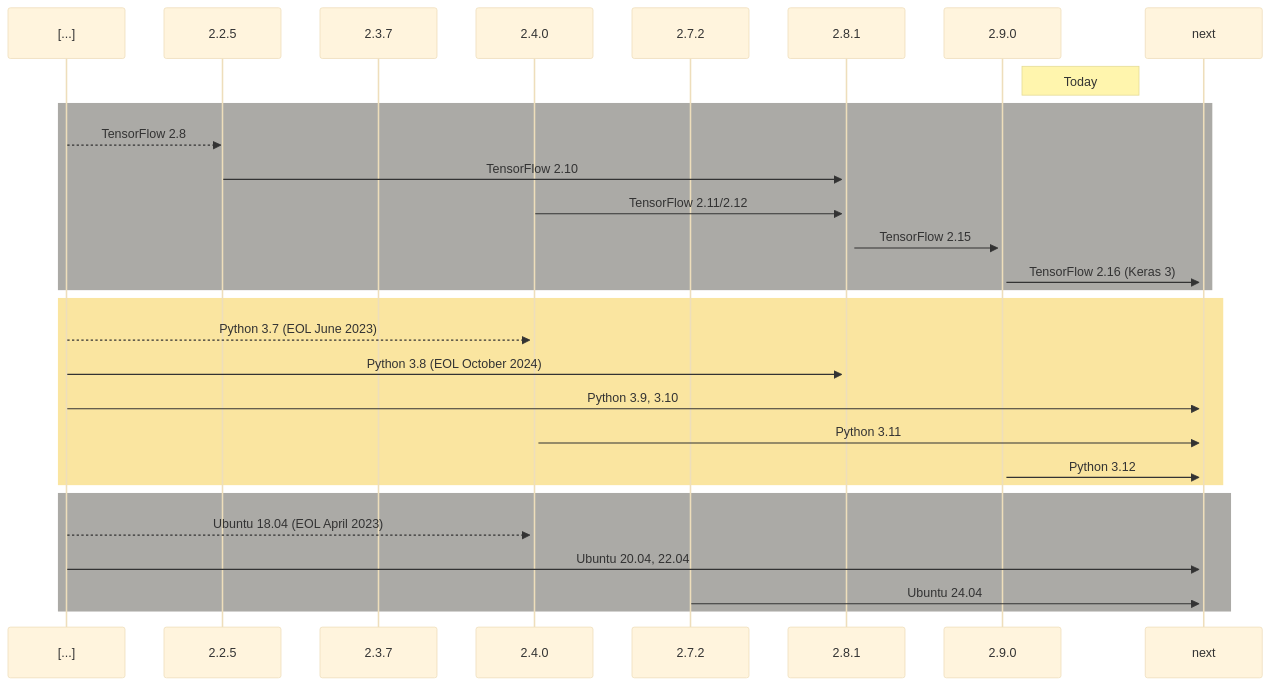
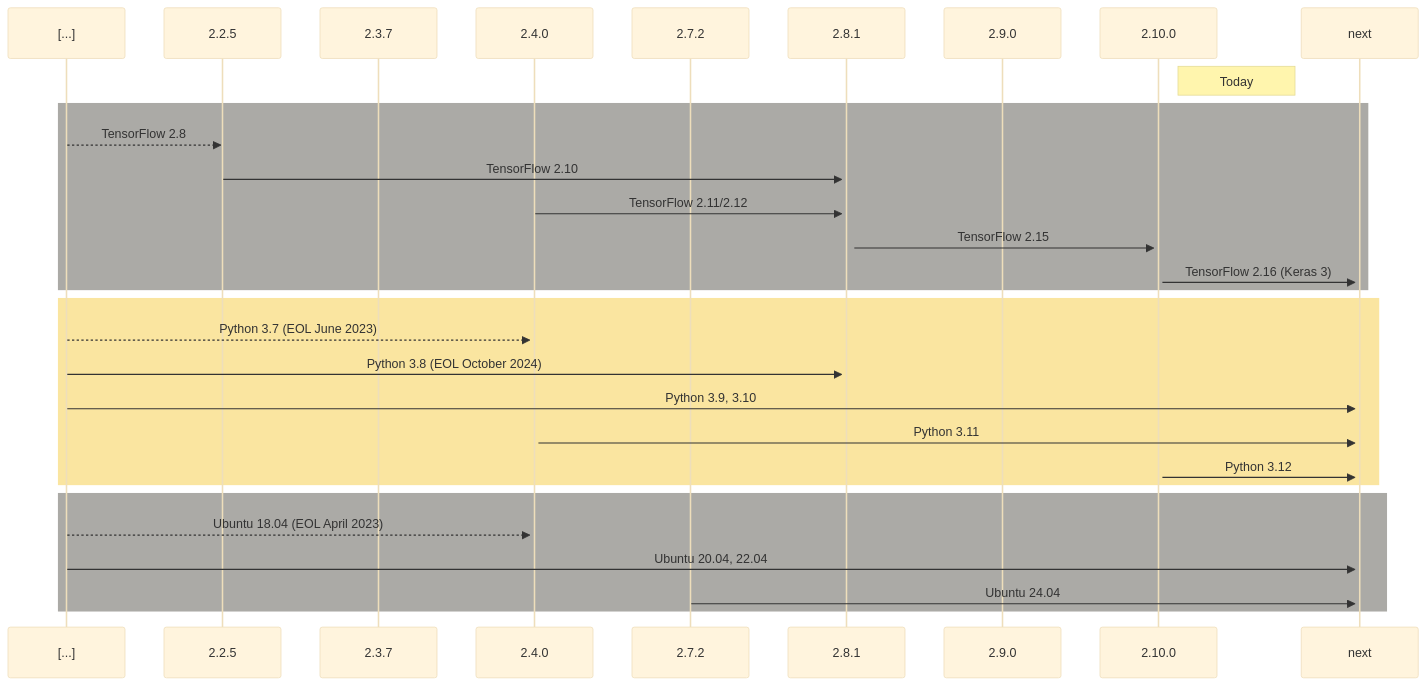
The diagram in README.md (Brainchip-Inc/akida_examples), drawn with Mermaid before and after one commit. The commit also changed 1 other file, not shown here.

Commit message:
chore: bump to akida 2.10.0 and models 1.6.1

````diff
--- a/README.md
+++ b/README.md
@@ -67,32 +67,33 @@
 ```mermaid
 sequenceDiagram
     participant [...]
     participant 2.2.5
     participant 2.3.7
     participant 2.4.0
     participant 2.7.2
     participant 2.8.1
     participant 2.9.0
+    participant 2.10.0
     participant next
-    Note right of 2.9.0: Today
+    Note right of 2.10.0: Today
 rect rgb(171, 170, 166)
     [...]-->>2.2.5: TensorFlow 2.8
     2.2.5->>+2.8.1: TensorFlow 2.10
     2.4.0->>+2.8.1: TensorFlow 2.11/2.12
-    2.8.1->>+2.9.0: TensorFlow 2.15
-    2.9.0->>+next: TensorFlow 2.16 (Keras 3)
+    2.8.1->>+2.10.0: TensorFlow 2.15
+    2.10.0->>+next: TensorFlow 2.16 (Keras 3)
 end
 rect rgb(250, 229, 160)
     [...]-->>+2.4.0: Python 3.7 (EOL June 2023)
     [...]->>+2.8.1: Python 3.8 (EOL October 2024)
     [...]->>+next: Python 3.9, 3.10
     2.4.0->>+next: Python 3.11
-    2.9.0->>+next: Python 3.12
+    2.10.0->>+next: Python 3.12
 end
 rect rgb(171, 170, 166)
     [...]-->>+2.4.0: Ubuntu 18.04 (EOL April 2023)
     [...]->>+next: Ubuntu 20.04, 22.04
     2.7.2->>+next: Ubuntu 24.04
 end
 %%{init:{'theme':'base'}}%%
 ```
````
